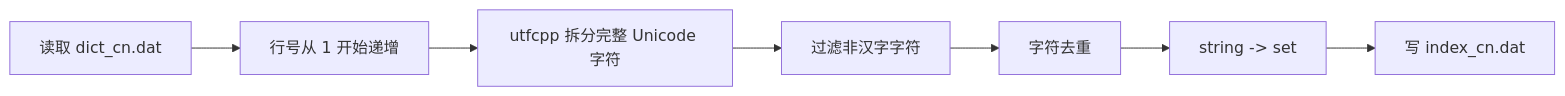
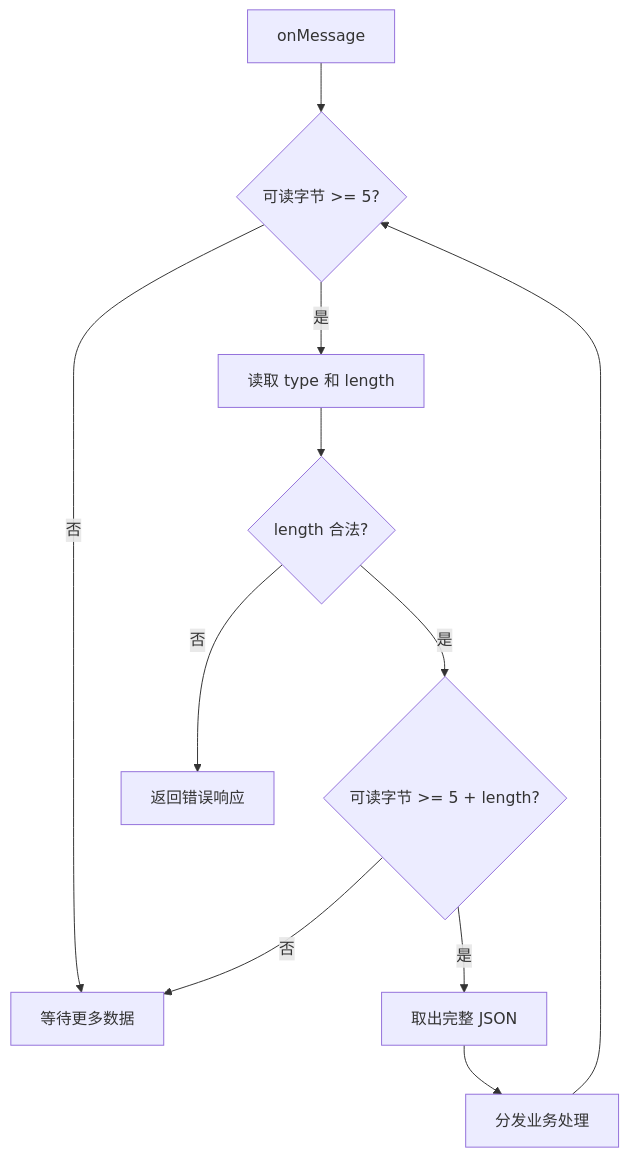
Before and after one commit to dijk4tra/Cpp_Advanced: the sixth of 10 diagrams in 课件/07_搜索引擎项目/02_SearchEngine_V2/README.md, drawn with Mermaid. The commit also changed other lines of this file and 16 other files, not shown here.

````diff
--- a/课件/07_搜索引擎项目/02_SearchEngine_V2/README.md
+++ b/课件/07_搜索引擎项目/02_SearchEngine_V2/README.md
@@ -413,9 +488,13 @@
 ```mermaid
-flowchart LR
-    A[读取 dict_cn.dat] --> B[行号从 1 开始递增]
-    B --> C[utfcpp 拆分完整 Unicode 字符]
-    C --> D[过滤非汉字字符]
-    D --> E[字符去重]
-    E --> F[string -> set<lineNo>]
-    F --> G[写 index_cn.dat]
+flowchart TD
+    A[onMessage] --> B{可读字节 >= 5?}
+    B -- 否 --> Z[等待更多数据]
+    B -- 是 --> C[读取 type 和 length]
+    C --> D{length 合法?}
+    D -- 否 --> E[返回错误响应]
+    D -- 是 --> F{可读字节 >= 5 + length?}
+    F -- 否 --> Z
+    F -- 是 --> G[取出完整 JSON]
+    G --> H[分发业务处理]
+    H --> B
 ```
````
